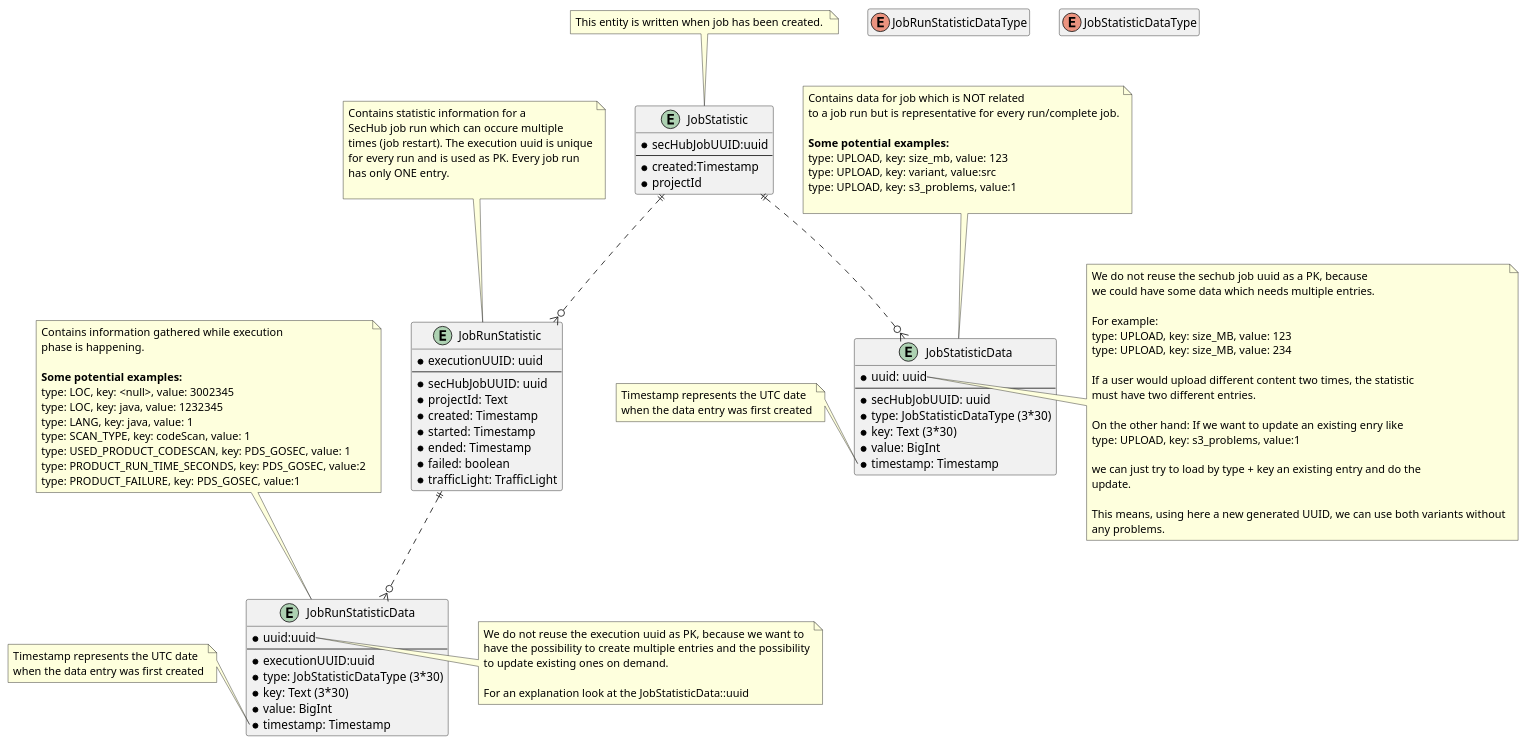
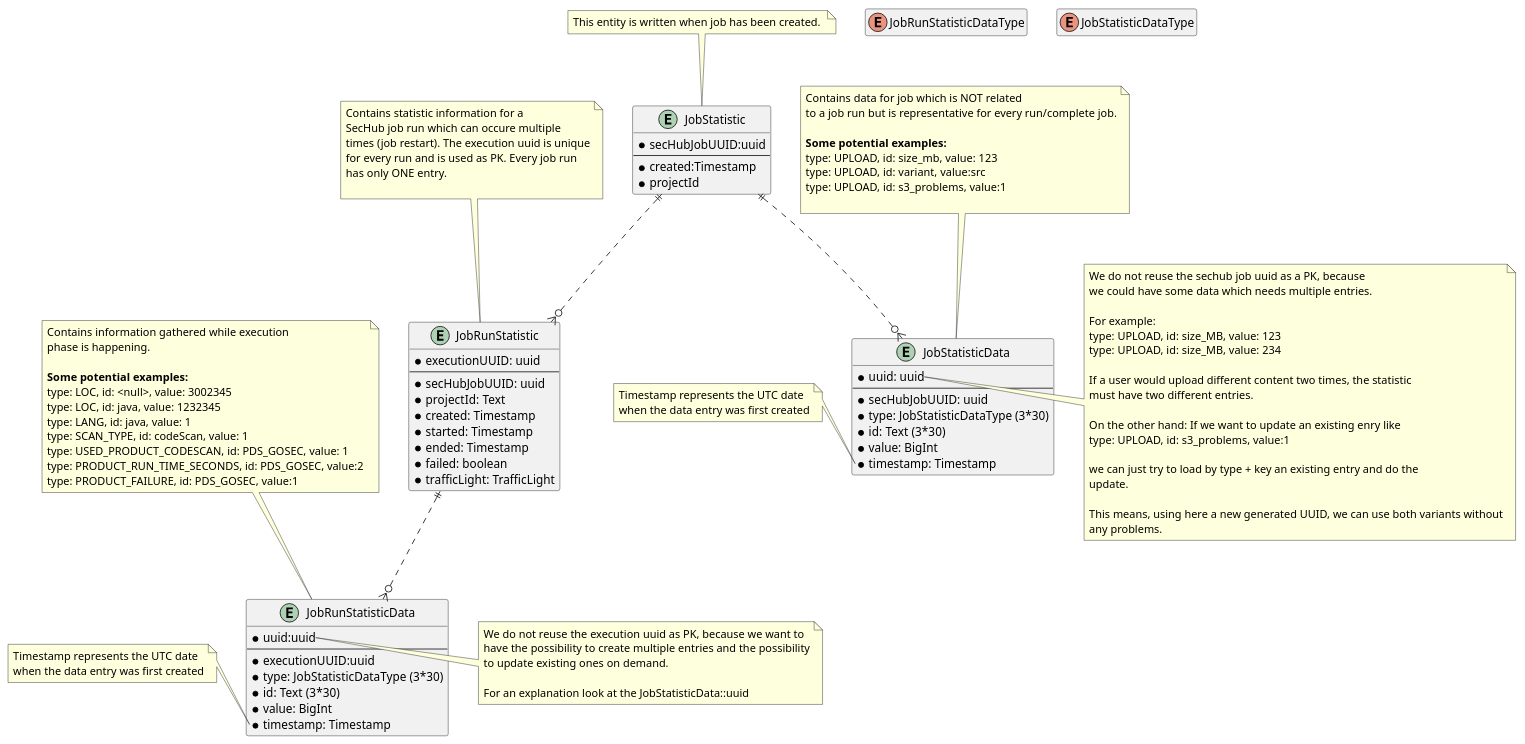
One commit to mercedes-benz/sechub changed the diagram in sechub-doc/src/docs/asciidoc/diagrams/diagram_em_statistic.puml. Above: the diagram before and after it, drawn with PlantUML. The commit also changed 34 other files, not shown here.

```diff
--- a/sechub-doc/src/docs/asciidoc/diagrams/diagram_em_statistic.puml
+++ b/sechub-doc/src/docs/asciidoc/diagrams/diagram_em_statistic.puml
@@ -1,141 +1,141 @@
 @startuml 
 
 hide empty fields
 hide empty methods
 
 '----------------------------Job statistic--------------------------------------
 
 entity JobStatistic {
     * secHubJobUUID:uuid
     --
     * created:Timestamp
     * projectId
 }
 
 note top of JobStatistic
 This entity is written when job has been created. 
 end note
 
 '----------------------------Job run staistic----------------------------------
 entity JobRunStatistic {
     * executionUUID: uuid
     --
     * secHubJobUUID: uuid
     * projectId: Text
     * created: Timestamp
     * started: Timestamp
     * ended: Timestamp
     * failed: boolean
     * trafficLight: TrafficLight
 }
 
 note top of JobRunStatistic 
 Contains statistic information for a 
 SecHub job run which can occure multiple 
 times (job restart). The execution uuid is unique
 for every run and is used as PK. Every job run 
 has only ONE entry.
 
 end note
 '----------------------------Job statistic data---------------------------------
 entity JobStatisticData {
     * uuid: uuid
     --
     * secHubJobUUID: uuid
     * type: JobStatisticDataType (3*30)
-    * key: Text (3*30)
+    * id: Text (3*30)
     * value: BigInt
     * timestamp: Timestamp
 }
 
 note top of JobStatisticData 
 Contains data for job which is NOT related
 to a job run but is representative for every run/complete job.
 
 **Some potential examples:**
-type: UPLOAD, key: size_mb, value: 123
-type: UPLOAD, key: variant, value:src
-type: UPLOAD, key: s3_problems, value:1
+type: UPLOAD, id: size_mb, value: 123
+type: UPLOAD, id: variant, value:src
+type: UPLOAD, id: s3_problems, value:1
 
 end note
 
 note right of JobStatisticData::uuid
 We do not reuse the sechub job uuid as a PK, because
 we could have some data which needs multiple entries.
 
 For example: 
-type: UPLOAD, key: size_MB, value: 123
-type: UPLOAD, key: size_MB, value: 234
+type: UPLOAD, id: size_MB, value: 123
+type: UPLOAD, id: size_MB, value: 234
 
 If a user would upload different content two times, the statistic
 must have two different entries.
 
 On the other hand: If we want to update an existing enry like 
-type: UPLOAD, key: s3_problems, value:1
+type: UPLOAD, id: s3_problems, value:1
 
 we can just try to load by type + key an existing entry and do the 
 update.
 
 This means, using here a new generated UUID, we can use both variants without
 any problems.  
 end note
 
 note left of JobStatisticData::timestamp
 Timestamp represents the UTC date 
 when the data entry was first created
 end note
 
 '----------------------------Job run statistic data----------------------------
 
 entity JobRunStatisticData {
     * uuid:uuid
     --
     * executionUUID:uuid
     * type: JobStatisticDataType (3*30)
-    * key: Text (3*30)
+    * id: Text (3*30)
     * value: BigInt
     * timestamp: Timestamp
 }
 
 note left of JobRunStatisticData::timestamp
 Timestamp represents the UTC date 
 when the data entry was first created
 end note
 
 note top of JobRunStatisticData 
 Contains information gathered while execution
 phase is happening.
 
 **Some potential examples:**
-type: LOC, key: <null>, value: 3002345
-type: LOC, key: java, value: 1232345
-type: LANG, key: java, value: 1
-type: SCAN_TYPE, key: codeScan, value: 1
-type: USED_PRODUCT_CODESCAN, key: PDS_GOSEC, value: 1
-type: PRODUCT_RUN_TIME_SECONDS, key: PDS_GOSEC, value:2 
-type: PRODUCT_FAILURE, key: PDS_GOSEC, value:1 
+type: LOC, id: <null>, value: 3002345
+type: LOC, id: java, value: 1232345
+type: LANG, id: java, value: 1
+type: SCAN_TYPE, id: codeScan, value: 1
+type: USED_PRODUCT_CODESCAN, id: PDS_GOSEC, value: 1
+type: PRODUCT_RUN_TIME_SECONDS, id: PDS_GOSEC, value:2 
+type: PRODUCT_FAILURE, id: PDS_GOSEC, value:1 
 end note
 
 
 note right of JobRunStatisticData::uuid
 We do not reuse the execution uuid as PK, because we want to
 have the possibility to create multiple entries and the possibility
 to update existing ones on demand.
 
 For an explanation look at the JobStatisticData::uuid
 end note
 
 '--------------------------Relations--------------------------------------------
 JobStatistic ||..o{ JobStatisticData 
 
 JobStatistic ||..o{ JobRunStatistic 
 JobRunStatistic ||..o{ JobRunStatisticData 
 '-------------------------------------------------------------------------------
 
 
 enum JobRunStatisticDataType{
 }
 enum JobStatisticDataType{
 }
 
 @enduml 
```
